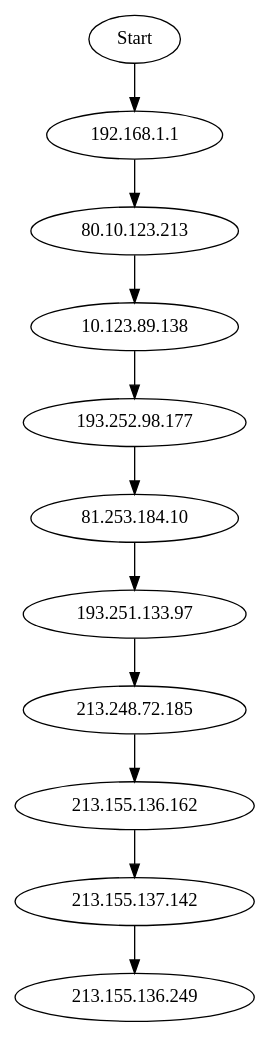
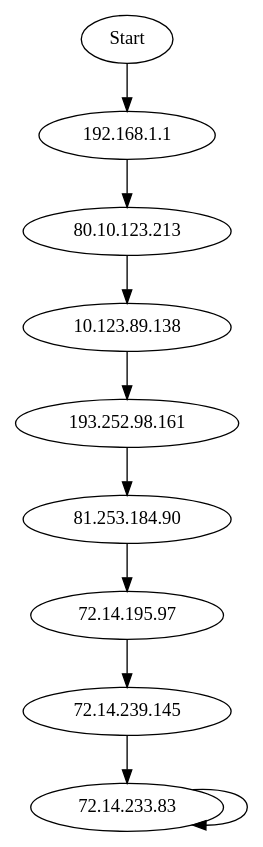
One commit to Sloubidou/TP1 changed the diagram in usr/bin/monFichier.dot. Above: the diagram before and after it, drawn with Graphviz. The commit also changed 3 other files, not shown here.

```diff
--- a/usr/bin/monFichier.dot
+++ b/usr/bin/monFichier.dot
@@ -1,12 +1,11 @@
 digraph G {
 "Start" -> "192.168.1.1"; 
 "192.168.1.1" -> "80.10.123.213"; 
 "80.10.123.213" -> "10.123.89.138"; 
-"10.123.89.138" -> "193.252.98.177"; 
-"193.252.98.177" -> "81.253.184.10"; 
-"81.253.184.10" -> "193.251.133.97"; 
-"193.251.133.97" -> "213.248.72.185"; 
-"213.248.72.185" -> "213.155.136.162"; 
-"213.155.136.162" -> "213.155.137.142"; 
-"213.155.137.142" -> "213.155.136.249"; 
+"10.123.89.138" -> "193.252.98.161"; 
+"193.252.98.161" -> "81.253.184.90"; 
+"81.253.184.90" -> "72.14.195.97"; 
+"72.14.195.97" -> "72.14.239.145"; 
+"72.14.239.145" -> "72.14.233.83"; 
+"72.14.233.83" -> "72.14.233.83"; 
 }
```
